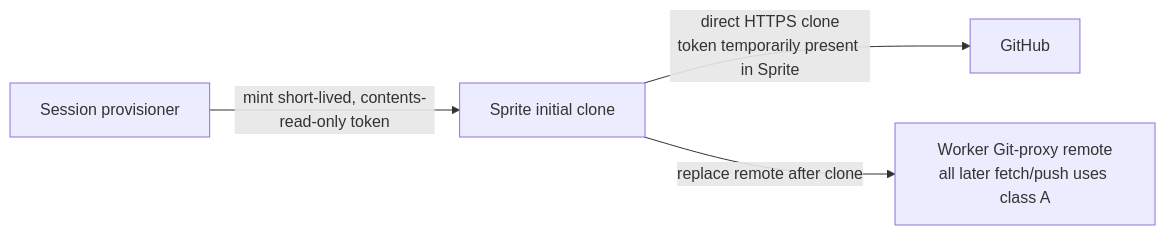
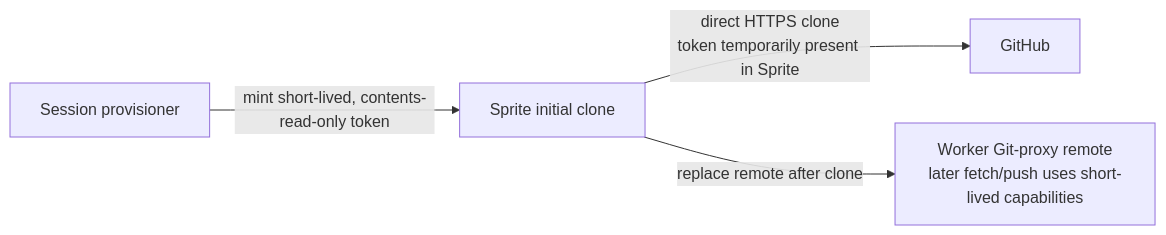
The fourth of 6 diagrams in openspec/changes/automate-sprites-custom-connectors/design.md (benedelstein/My-Machines), drawn with Mermaid before and after one commit. The commit also changed other lines of this file and 23 other files, not shown here.

Commit message:
Add short-lived Git capabilities

````diff
--- a/openspec/changes/automate-sprites-custom-connectors/design.md
+++ b/openspec/changes/automate-sprites-custom-connectors/design.md
@@ -617,6 +641,6 @@
 ```mermaid
 flowchart LR
   provisioner["Session provisioner"] -->|"mint short-lived, contents-read-only token"| sprite["Sprite initial clone"]
   sprite -->|"direct HTTPS clone<br/>token temporarily present in Sprite"| github["GitHub"]
-  sprite -->|"replace remote after clone"| workerRemote["Worker Git-proxy remote<br/>all later fetch/push uses class A"]
+  sprite -->|"replace remote after clone"| workerRemote["Worker Git-proxy remote<br/>later fetch/push uses short-lived capabilities"]
 ```
````
